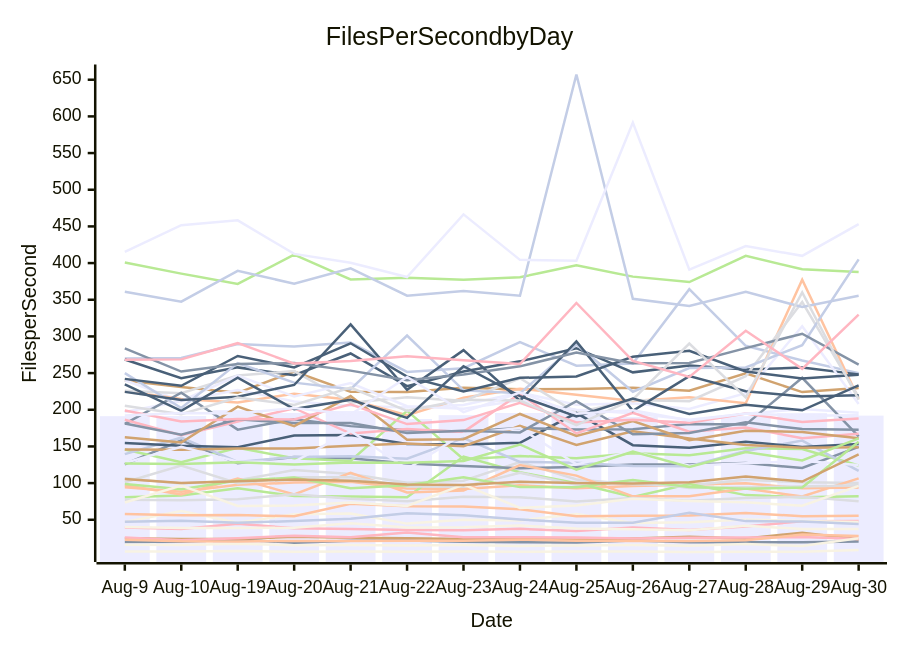
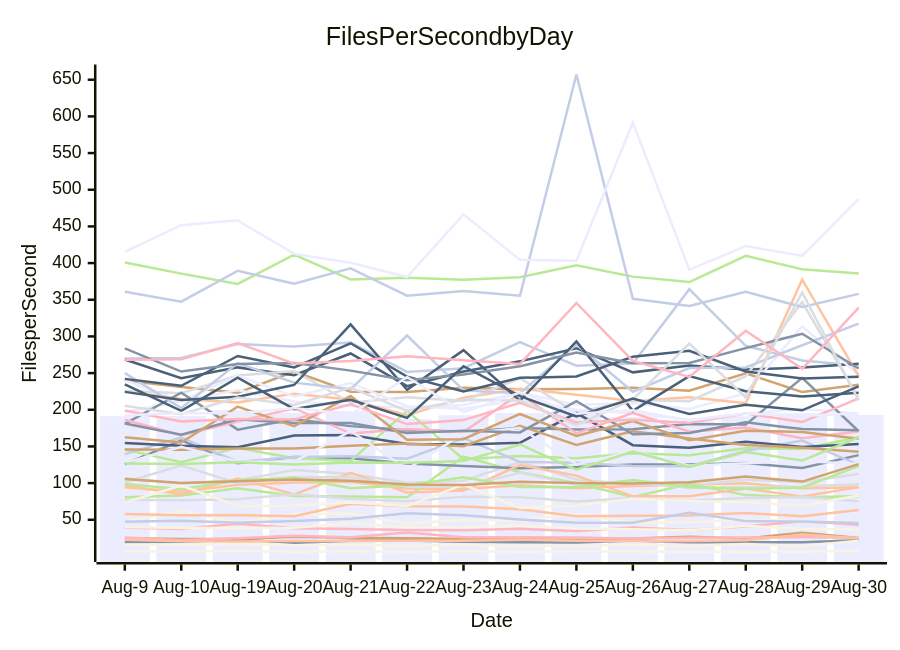
One commit to streetsidesoftware/cspell changed the diagram in perf-report.md. Above: the diagram before and after it, drawn with Mermaid. The commit also changed other lines of this file and 2 other files, not shown here.

````diff
--- a/perf-report.md
+++ b/perf-report.md
@@ -11,57 +11,57 @@
 ```mermaid
 xychart-beta
     title Files Per Second by Day
     y-axis Files per Second
     x-axis Date [Aug-9, Aug-10, Aug-19, Aug-20, Aug-21, Aug-22, Aug-23, Aug-24, Aug-25, Aug-26, Aug-27, Aug-28, Aug-29, Aug-30]
-    bar [191.27, 191.48, 199.45, 195.67, 198.22, 187.40, 192.61, 195.61, 200.69, 190.24, 185.15, 191.23, 195.37, 192.00]
-    line [19.76, 19.87, 23.15, 18.80, 21.30, 21.70, 20.11, 19.24, 18.97, 21.74, 19.44, 19.50, 19.20, 20.52]
-    line [94.45, 88.13, 97.66, 100.71, 101.93, 92.80, 92.11, 97.07, 92.83, 96.14, 97.78, 99.79, 92.99, 93.93]
-    line [106.66, 99.38, 103.80, 117.71, 112.47, 100.50, 103.30, 128.71, 104.89, 98.28, 96.78, 104.60, 101.13, 100.00]
-    line [80.61, 83.15, 92.81, 82.44, 81.86, 80.75, 136.22, 114.72, 99.92, 81.00, 98.60, 83.62, 80.81, 82.09]
-    line [239.79, 231.09, 223.10, 252.00, 224.60, 224.17, 230.06, 227.93, 228.22, 229.99, 225.97, 249.68, 224.12, 229.73]
-    line [269.81, 270.47, 289.77, 286.14, 291.59, 251.52, 256.69, 292.19, 260.02, 262.94, 364.38, 287.21, 267.07, 249.93]
-    line [39.52, 37.52, 44.46, 38.46, 37.42, 35.96, 35.65, 37.61, 34.82, 39.47, 36.12, 40.86, 48.01, 48.34]
-    line [268.54, 243.09, 257.77, 247.18, 276.72, 232.23, 252.08, 266.01, 283.94, 251.01, 260.27, 254.92, 257.60, 248.26]
-    line [6.78, 6.60, 7.51, 6.38, 6.72, 6.55, 6.77, 6.55, 6.58, 6.64, 6.06, 6.53, 6.57, 8.81]
-    line [240.17, 211.99, 227.00, 211.38, 205.51, 203.10, 206.43, 223.33, 206.89, 208.72, 201.20, 222.72, 313.85, 207.87]
-    line [125.68, 158.27, 127.25, 135.61, 133.76, 126.70, 123.28, 120.42, 121.90, 125.42, 125.26, 127.33, 120.64, 149.29]
-    line [225.24, 214.74, 210.02, 221.88, 213.58, 192.56, 216.27, 228.68, 220.47, 211.98, 216.89, 208.83, 377.28, 215.12]
-    line [225.91, 222.58, 246.74, 252.74, 209.47, 217.12, 212.13, 242.98, 195.81, 213.43, 211.78, 245.83, 346.89, 217.15]
-    line [145.75, 128.32, 148.05, 133.76, 130.09, 198.58, 132.66, 136.89, 133.84, 140.74, 138.14, 147.54, 146.55, 123.90]
-    line [24.65, 23.72, 23.68, 26.94, 25.51, 24.79, 23.76, 23.53, 22.75, 24.32, 26.78, 24.44, 32.43, 23.34]
-    line [139.45, 161.93, 128.87, 135.71, 136.66, 133.36, 161.38, 128.87, 127.62, 123.35, 123.11, 143.71, 157.94, 116.78]
-    line [25.95, 22.03, 24.86, 28.29, 26.21, 32.71, 26.20, 26.09, 26.00, 24.43, 25.37, 25.72, 26.51, 23.69]
-    line [154.75, 150.93, 149.02, 164.86, 165.64, 153.35, 152.64, 155.02, 195.52, 151.70, 148.17, 156.31, 149.39, 153.24]
-    line [15.80, 15.53, 17.25, 15.28, 15.49, 14.84, 15.46, 14.39, 15.01, 15.63, 14.69, 17.08, 14.10, 24.71]
-    line [196.97, 211.99, 246.59, 218.10, 236.31, 204.94, 201.38, 212.81, 200.01, 195.34, 186.50, 194.59, 201.00, 196.09]
-    line [180.75, 223.35, 172.94, 187.16, 177.68, 172.01, 170.49, 175.09, 173.22, 173.59, 180.48, 179.74, 243.56, 163.85]
-    line [96.93, 84.41, 106.12, 84.61, 114.12, 87.31, 89.99, 124.55, 110.24, 81.92, 82.24, 92.49, 81.67, 106.46]
-    line [77.16, 76.75, 77.91, 84.91, 78.76, 75.34, 81.46, 80.77, 74.97, 79.78, 75.90, 79.64, 81.40, 75.26]
-    line [400.74, 385.62, 371.65, 411.46, 377.61, 379.88, 377.18, 380.64, 396.91, 381.52, 374.08, 409.79, 391.59, 387.78]
-    line [145.79, 145.58, 147.10, 147.08, 151.07, 153.94, 150.27, 178.09, 152.08, 170.66, 160.71, 152.01, 148.28, 148.86]
-    line [249.96, 202.34, 263.67, 236.99, 228.06, 301.20, 226.40, 222.40, 289.06, 224.56, 256.87, 257.70, 287.97, 405.01]
-    line [186.27, 165.43, 184.07, 202.12, 167.51, 173.85, 169.85, 221.75, 167.75, 195.90, 170.00, 175.89, 161.05, 167.30]
-    line [224.37, 213.27, 217.89, 233.79, 316.48, 227.32, 281.23, 212.31, 293.11, 198.49, 245.94, 225.24, 218.17, 219.85]
-    line [47.00, 61.84, 45.89, 57.63, 58.67, 44.77, 49.92, 49.06, 57.90, 45.60, 46.71, 50.51, 48.37, 46.86]
-    line [127.47, 149.55, 129.16, 129.10, 170.99, 119.13, 167.47, 175.06, 125.57, 143.51, 123.67, 127.21, 130.16, 124.81]
-    line [181.18, 166.12, 186.93, 181.85, 181.88, 168.34, 171.35, 169.12, 211.70, 166.64, 168.34, 182.86, 173.63, 172.80]
-    line [57.90, 56.15, 56.35, 54.76, 71.89, 68.47, 68.09, 64.39, 54.76, 55.64, 55.71, 59.28, 54.85, 55.58]
-    line [101.07, 123.80, 99.87, 108.06, 107.98, 95.34, 94.96, 114.12, 97.84, 103.09, 93.25, 94.27, 95.28, 97.19]
-    line [98.84, 91.76, 103.43, 107.49, 93.08, 97.11, 107.90, 94.53, 94.47, 104.38, 94.67, 92.38, 93.95, 156.48]
-    line [162.48, 155.40, 204.32, 177.59, 218.64, 159.00, 159.79, 194.26, 164.45, 184.75, 158.60, 171.47, 169.60, 161.14]
-    line [360.76, 347.31, 389.41, 371.89, 392.82, 355.53, 361.83, 355.43, 657.12, 351.25, 341.51, 360.76, 340.11, 355.45]
-    line [198.91, 184.05, 187.41, 186.67, 207.48, 180.49, 185.92, 209.38, 182.67, 186.49, 182.43, 194.97, 183.27, 188.20]
-    line [242.10, 232.62, 273.32, 257.69, 290.62, 245.10, 224.83, 243.49, 245.36, 272.30, 280.33, 252.18, 242.64, 247.80]
-    line [73.60, 96.61, 68.89, 69.48, 73.38, 68.77, 97.84, 66.15, 69.59, 78.77, 75.57, 73.80, 69.15, 96.26]
-    line [415.14, 451.69, 458.22, 412.53, 400.53, 380.98, 466.37, 404.40, 403.18, 591.49, 390.96, 423.25, 409.89, 453.09]
-    line [283.77, 252.09, 262.36, 263.68, 253.37, 240.18, 248.22, 259.20, 278.18, 263.50, 263.68, 284.05, 303.63, 261.54]
-    line [22.84, 20.59, 20.47, 21.22, 20.90, 21.42, 21.40, 22.88, 21.36, 21.22, 21.19, 22.04, 29.75, 27.90]
-    line [205.56, 193.98, 216.67, 206.61, 230.20, 198.53, 213.69, 212.64, 179.07, 214.07, 290.22, 216.81, 359.94, 213.63]
-    line [126.64, 126.17, 128.45, 125.27, 127.94, 127.77, 130.20, 152.67, 118.34, 143.02, 122.15, 142.33, 130.77, 160.87]
-    line [105.46, 100.11, 102.43, 104.89, 103.21, 98.21, 97.36, 101.78, 100.00, 99.58, 101.28, 109.08, 102.06, 139.16]
-    line [47.26, 48.66, 46.00, 48.26, 51.42, 58.83, 56.30, 50.38, 45.97, 45.91, 59.43, 48.16, 47.53, 44.12]
-    line [268.09, 268.70, 290.78, 262.94, 266.60, 272.93, 267.45, 262.37, 345.57, 266.69, 244.68, 307.76, 255.74, 329.69]
-    line [234.76, 198.61, 243.75, 200.90, 213.71, 188.91, 259.37, 218.53, 190.79, 215.33, 194.36, 206.72, 199.24, 233.19]
-    line [39.98, 38.63, 38.64, 39.11, 45.24, 39.50, 39.66, 42.07, 38.23, 36.94, 35.58, 41.81, 37.53, 37.28]
-    line [192.03, 195.48, 194.87, 202.54, 193.62, 244.63, 196.70, 223.56, 194.58, 199.46, 185.25, 194.89, 191.72, 192.45]
+    bar [191.27, 191.48, 199.45, 195.67, 198.22, 187.40, 192.61, 195.61, 200.69, 190.24, 185.15, 191.23, 195.37, 193.02]
+    line [19.76, 19.87, 23.15, 18.80, 21.30, 21.70, 20.11, 19.24, 18.97, 21.74, 19.44, 19.50, 19.20, 21.97]
+    line [94.45, 88.13, 97.66, 100.71, 101.93, 92.80, 92.11, 97.07, 92.83, 96.14, 97.78, 99.79, 92.99, 94.50]
+    line [106.66, 99.38, 103.80, 117.71, 112.47, 100.50, 103.30, 128.71, 104.89, 98.28, 96.78, 104.60, 101.13, 112.32]
+    line [80.61, 83.15, 92.81, 82.44, 81.86, 80.75, 136.22, 114.72, 99.92, 81.00, 98.60, 83.62, 80.81, 82.21]
+    line [239.79, 231.09, 223.10, 252.00, 224.60, 224.17, 230.06, 227.93, 228.22, 229.99, 225.97, 249.68, 224.12, 234.20]
+    line [269.81, 270.47, 289.77, 286.14, 291.59, 251.52, 256.69, 292.19, 260.02, 262.94, 364.38, 287.21, 267.07, 259.91]
+    line [39.52, 37.52, 44.46, 38.46, 37.42, 35.96, 35.65, 37.61, 34.82, 39.47, 36.12, 40.86, 48.01, 43.05]
+    line [268.54, 243.09, 257.77, 247.18, 276.72, 232.23, 252.08, 266.01, 283.94, 251.01, 260.27, 254.92, 257.60, 262.77]
+    line [6.78, 6.60, 7.51, 6.38, 6.72, 6.55, 6.77, 6.55, 6.58, 6.64, 6.06, 6.53, 6.57, 7.63]
+    line [240.17, 211.99, 227.00, 211.38, 205.51, 203.10, 206.43, 223.33, 206.89, 208.72, 201.20, 222.72, 313.85, 247.59]
+    line [125.68, 158.27, 127.25, 135.61, 133.76, 126.70, 123.28, 120.42, 121.90, 125.42, 125.26, 127.33, 120.64, 138.14]
+    line [225.24, 214.74, 210.02, 221.88, 213.58, 192.56, 216.27, 228.68, 220.47, 211.98, 216.89, 208.83, 377.28, 246.28]
+    line [225.91, 222.58, 246.74, 252.74, 209.47, 217.12, 212.13, 242.98, 195.81, 213.43, 211.78, 245.83, 346.89, 215.16]
+    line [145.75, 128.32, 148.05, 133.76, 130.09, 198.58, 132.66, 136.89, 133.84, 140.74, 138.14, 147.54, 146.55, 162.58]
+    line [24.65, 23.72, 23.68, 26.94, 25.51, 24.79, 23.76, 23.53, 22.75, 24.32, 26.78, 24.44, 32.43, 25.22]
+    line [139.45, 161.93, 128.87, 135.71, 136.66, 133.36, 161.38, 128.87, 127.62, 123.35, 123.11, 143.71, 157.94, 124.83]
+    line [25.95, 22.03, 24.86, 28.29, 26.21, 32.71, 26.20, 26.09, 26.00, 24.43, 25.37, 25.72, 26.51, 25.21]
+    line [154.75, 150.93, 149.02, 164.86, 165.64, 153.35, 152.64, 155.02, 195.52, 151.70, 148.17, 156.31, 149.39, 153.20]
+    line [15.80, 15.53, 17.25, 15.28, 15.49, 14.84, 15.46, 14.39, 15.01, 15.63, 14.69, 17.08, 14.10, 21.43]
+    line [196.97, 211.99, 246.59, 218.10, 236.31, 204.94, 201.38, 212.81, 200.01, 195.34, 186.50, 194.59, 201.00, 194.92]
+    line [180.75, 223.35, 172.94, 187.16, 177.68, 172.01, 170.49, 175.09, 173.22, 173.59, 180.48, 179.74, 243.56, 170.74]
+    line [96.93, 84.41, 106.12, 84.61, 114.12, 87.31, 89.99, 124.55, 110.24, 81.92, 82.24, 92.49, 81.67, 94.52]
+    line [77.16, 76.75, 77.91, 84.91, 78.76, 75.34, 81.46, 80.77, 74.97, 79.78, 75.90, 79.64, 81.40, 75.23]
+    line [400.74, 385.62, 371.65, 411.46, 377.61, 379.88, 377.18, 380.64, 396.91, 381.52, 374.08, 409.79, 391.59, 385.74]
+    line [145.79, 145.58, 147.10, 147.08, 151.07, 153.94, 150.27, 178.09, 152.08, 170.66, 160.71, 152.01, 148.28, 142.67]
+    line [249.96, 202.34, 263.67, 236.99, 228.06, 301.20, 226.40, 222.40, 289.06, 224.56, 256.87, 257.70, 287.97, 317.50]
+    line [186.27, 165.43, 184.07, 202.12, 167.51, 173.85, 169.85, 221.75, 167.75, 195.90, 170.00, 175.89, 161.05, 170.25]
+    line [224.37, 213.27, 217.89, 233.79, 316.48, 227.32, 281.23, 212.31, 293.11, 198.49, 245.94, 225.24, 218.17, 223.08]
+    line [47.00, 61.84, 45.89, 57.63, 58.67, 44.77, 49.92, 49.06, 57.90, 45.60, 46.71, 50.51, 48.37, 45.83]
+    line [127.47, 149.55, 129.16, 129.10, 170.99, 119.13, 167.47, 175.06, 125.57, 143.51, 123.67, 127.21, 130.16, 125.89]
+    line [181.18, 166.12, 186.93, 181.85, 181.88, 168.34, 171.35, 169.12, 211.70, 166.64, 168.34, 182.86, 173.63, 172.01]
+    line [57.90, 56.15, 56.35, 54.76, 71.89, 68.47, 68.09, 64.39, 54.76, 55.64, 55.71, 59.28, 54.85, 63.39]
+    line [101.07, 123.80, 99.87, 108.06, 107.98, 95.34, 94.96, 114.12, 97.84, 103.09, 93.25, 94.27, 95.28, 98.40]
+    line [98.84, 91.76, 103.43, 107.49, 93.08, 97.11, 107.90, 94.53, 94.47, 104.38, 94.67, 92.38, 93.95, 123.22]
+    line [162.48, 155.40, 204.32, 177.59, 218.64, 159.00, 159.79, 194.26, 164.45, 184.75, 158.60, 171.47, 169.60, 160.38]
+    line [360.76, 347.31, 389.41, 371.89, 392.82, 355.53, 361.83, 355.43, 657.12, 351.25, 341.51, 360.76, 340.11, 358.01]
+    line [198.91, 184.05, 187.41, 186.67, 207.48, 180.49, 185.92, 209.38, 182.67, 186.49, 182.43, 194.97, 183.27, 215.59]
+    line [242.10, 232.62, 273.32, 257.69, 290.62, 245.10, 224.83, 243.49, 245.36, 272.30, 280.33, 252.18, 242.64, 245.12]
+    line [73.60, 96.61, 68.89, 69.48, 73.38, 68.77, 97.84, 66.15, 69.59, 78.77, 75.57, 73.80, 69.15, 83.08]
+    line [415.14, 451.69, 458.22, 412.53, 400.53, 380.98, 466.37, 404.40, 403.18, 591.49, 390.96, 423.25, 409.89, 487.69]
+    line [283.77, 252.09, 262.36, 263.68, 253.37, 240.18, 248.22, 259.20, 278.18, 263.50, 263.68, 284.05, 303.63, 256.20]
+    line [22.84, 20.59, 20.47, 21.22, 20.90, 21.42, 21.40, 22.88, 21.36, 21.22, 21.19, 22.04, 29.75, 24.66]
+    line [205.56, 193.98, 216.67, 206.61, 230.20, 198.53, 213.69, 212.64, 179.07, 214.07, 290.22, 216.81, 359.94, 212.90]
+    line [126.64, 126.17, 128.45, 125.27, 127.94, 127.77, 130.20, 152.67, 118.34, 143.02, 122.15, 142.33, 130.77, 162.53]
+    line [105.46, 100.11, 102.43, 104.89, 103.21, 98.21, 97.36, 101.78, 100.00, 99.58, 101.28, 109.08, 102.06, 125.88]
+    line [47.26, 48.66, 46.00, 48.26, 51.42, 58.83, 56.30, 50.38, 45.97, 45.91, 59.43, 48.16, 47.53, 45.76]
+    line [268.09, 268.70, 290.78, 262.94, 266.60, 272.93, 267.45, 262.37, 345.57, 266.69, 244.68, 307.76, 255.74, 339.26]
+    line [234.76, 198.61, 243.75, 200.90, 213.71, 188.91, 259.37, 218.53, 190.79, 215.33, 194.36, 206.72, 199.24, 232.00]
+    line [39.98, 38.63, 38.64, 39.11, 45.24, 39.50, 39.66, 42.07, 38.23, 36.94, 35.58, 41.81, 37.53, 36.89]
+    line [192.03, 195.48, 194.87, 202.54, 193.62, 244.63, 196.70, 223.56, 194.58, 199.46, 185.25, 194.89, 191.72, 195.04]
 ```
````
